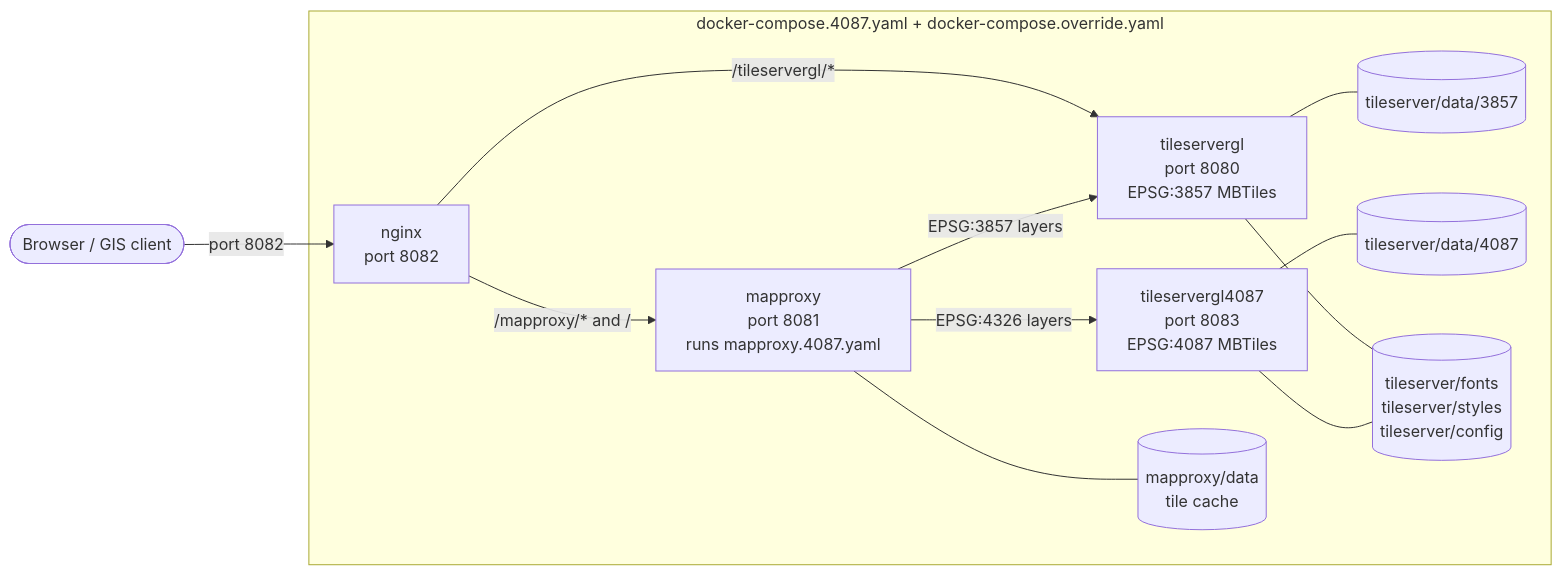
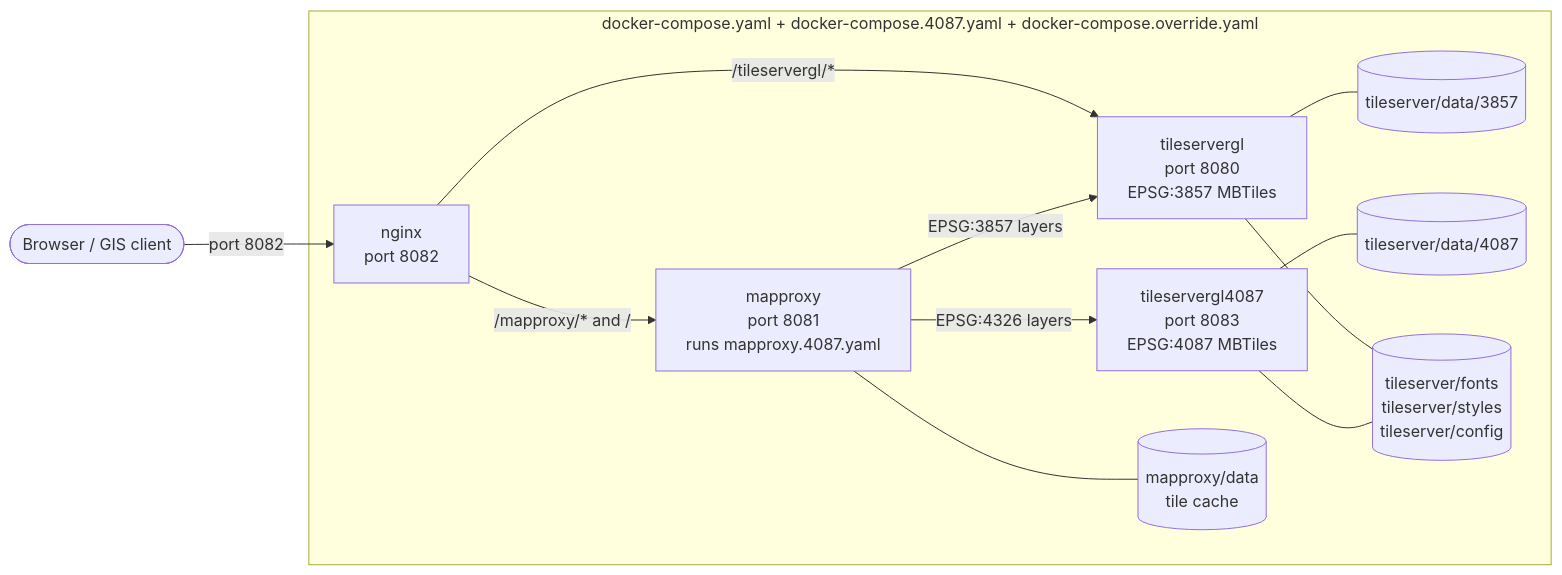
The third of 4 diagrams in README.md (ReleasableBasemapTiles/rbt-local), drawn with Mermaid before and after one commit. The commit also changed other lines of this file and 21 other files, not shown here.

````diff
--- a/README.md
+++ b/README.md
@@ -114,26 +114,26 @@
 ```mermaid
 flowchart LR
   client(["Browser / GIS client"])
 
-  subgraph stack["docker-compose.4087.yaml + docker-compose.override.yaml"]
+  subgraph stack["docker-compose.yaml + docker-compose.4087.yaml + docker-compose.override.yaml"]
     nginx["nginx<br/>port 8082"]
     mapproxy["mapproxy<br/>port 8081<br/>runs mapproxy.4087.yaml"]
     tileservergl["tileservergl<br/>port 8080<br/>EPSG:3857 MBTiles"]
     tileservergl4087["tileservergl4087<br/>port 8083<br/>EPSG:4087 MBTiles"]
     tilecache[("mapproxy/data<br/>tile cache")]
     mbtiles3857[("tileserver/data/3857")]
     mbtiles4087[("tileserver/data/4087")]
     shared[("tileserver/fonts<br/>tileserver/styles<br/>tileserver/config")]
   end
 
   client -->|"port 8082"| nginx
   nginx -->|"/mapproxy/* and /"| mapproxy
   nginx -->|"/tileservergl/*"| tileservergl
   mapproxy -->|"EPSG:3857 layers"| tileservergl
   mapproxy -->|"EPSG:4326 layers"| tileservergl4087
   mapproxy --- tilecache
   tileservergl --- mbtiles3857
   tileservergl4087 --- mbtiles4087
   tileservergl --- shared
   tileservergl4087 --- shared
 ```
````
